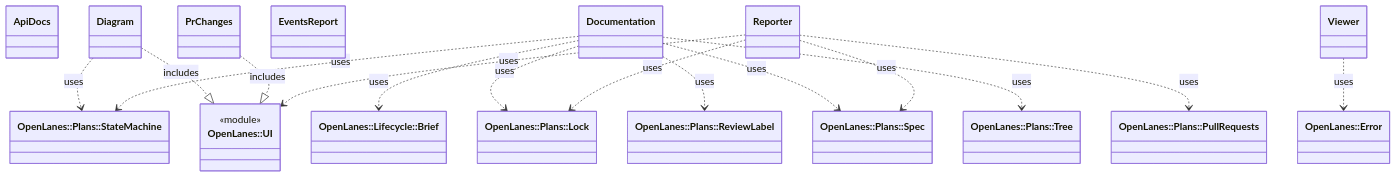
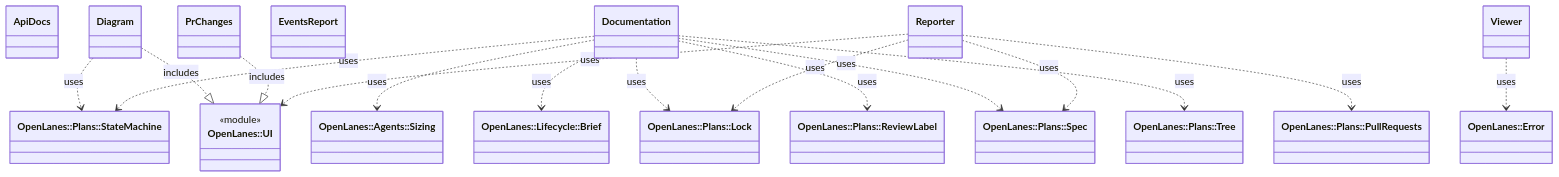
One commit to kigster/openlanes changed the diagram in docs/architecture/openlanes-presentation.md. Above: the diagram before and after it, drawn with Mermaid. The commit also changed 47 other files, not shown here.

````diff
--- a/docs/architecture/openlanes-presentation.md
+++ b/docs/architecture/openlanes-presentation.md
@@ -5,34 +5,36 @@
 ```mermaid
 classDiagram
+  class OpenLanes__Agents__Sizing["OpenLanes::Agents::Sizing"]
   class OpenLanes__Error["OpenLanes::Error"]
   class OpenLanes__Lifecycle__Brief["OpenLanes::Lifecycle::Brief"]
   class OpenLanes__Plans__Lock["OpenLanes::Plans::Lock"]
   class OpenLanes__Plans__PullRequests["OpenLanes::Plans::PullRequests"]
   class OpenLanes__Plans__ReviewLabel["OpenLanes::Plans::ReviewLabel"]
   class OpenLanes__Plans__Spec["OpenLanes::Plans::Spec"]
   class OpenLanes__Plans__StateMachine["OpenLanes::Plans::StateMachine"]
   class OpenLanes__Plans__Tree["OpenLanes::Plans::Tree"]
   class OpenLanes__Presentation__ApiDocs["ApiDocs"]
   class OpenLanes__Presentation__Diagram["Diagram"]
   class OpenLanes__Presentation__Documentation["Documentation"]
   class OpenLanes__Presentation__EventsReport["EventsReport"]
   class OpenLanes__Presentation__PrChanges["PrChanges"]
   class OpenLanes__Presentation__Reporter["Reporter"]
   class OpenLanes__Presentation__Viewer["Viewer"]
   class OpenLanes__UI["OpenLanes::UI"]
   <<module>> OpenLanes__UI
   OpenLanes__Presentation__Diagram ..> OpenLanes__Plans__StateMachine : uses
   OpenLanes__Presentation__Diagram ..|> OpenLanes__UI : includes
+  OpenLanes__Presentation__Documentation ..> OpenLanes__Agents__Sizing : uses
   OpenLanes__Presentation__Documentation ..> OpenLanes__Lifecycle__Brief : uses
   OpenLanes__Presentation__Documentation ..> OpenLanes__Plans__Lock : uses
   OpenLanes__Presentation__Documentation ..> OpenLanes__Plans__ReviewLabel : uses
   OpenLanes__Presentation__Documentation ..> OpenLanes__Plans__Spec : uses
   OpenLanes__Presentation__Documentation ..> OpenLanes__Plans__StateMachine : uses
   OpenLanes__Presentation__Documentation ..> OpenLanes__Plans__Tree : uses
   OpenLanes__Presentation__PrChanges ..|> OpenLanes__UI : includes
   OpenLanes__Presentation__Reporter ..> OpenLanes__Plans__Lock : uses
   OpenLanes__Presentation__Reporter ..> OpenLanes__Plans__PullRequests : uses
   OpenLanes__Presentation__Reporter ..> OpenLanes__Plans__Spec : uses
   OpenLanes__Presentation__Reporter ..> OpenLanes__UI : uses
   OpenLanes__Presentation__Viewer ..> OpenLanes__Error : uses
 ```
````
